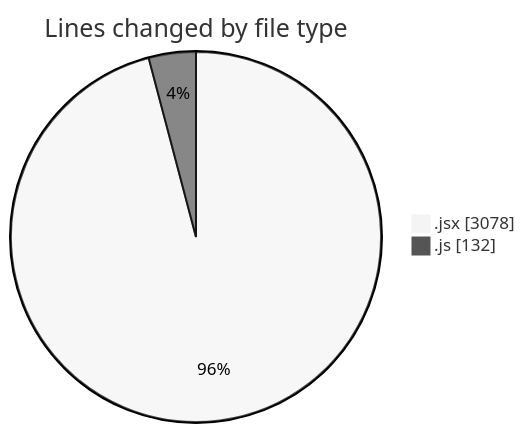
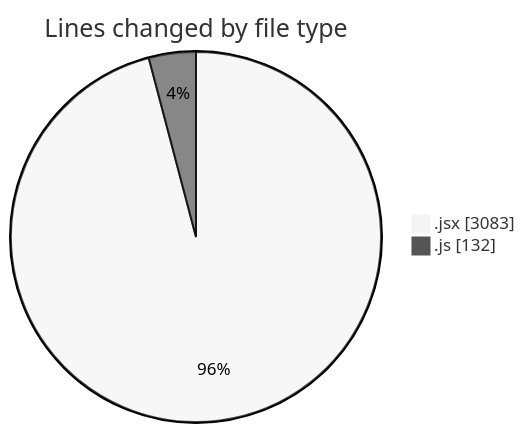
One commit to nxtqubesakshisongat/code-tracking changed the first of 2 diagrams in 2025-08-03/nxtqube_webapp/README.md. Above: the diagram before and after it, drawn with Mermaid (neutral theme). The commit also changed other lines of this file and 1 other file, not shown here.

````diff
--- a/2025-08-03/nxtqube_webapp/README.md
+++ b/2025-08-03/nxtqube_webapp/README.md
@@ -27,6 +27,6 @@
 ```mermaid
 pie showData
 title Lines changed by file type
-".jsx" : 3078
+".jsx" : 3083
 ".js" : 132
 ```
````
